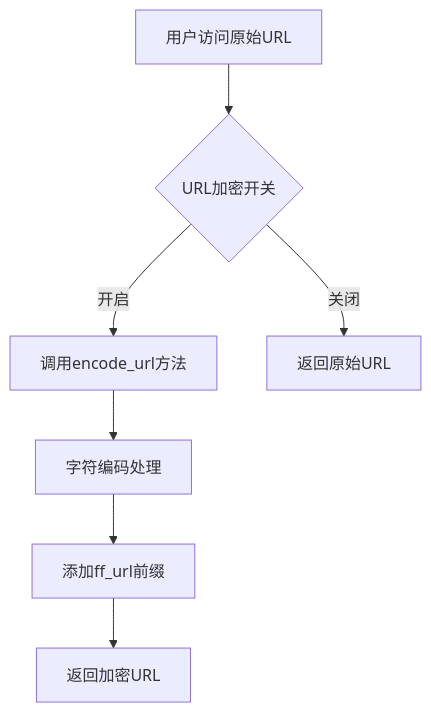
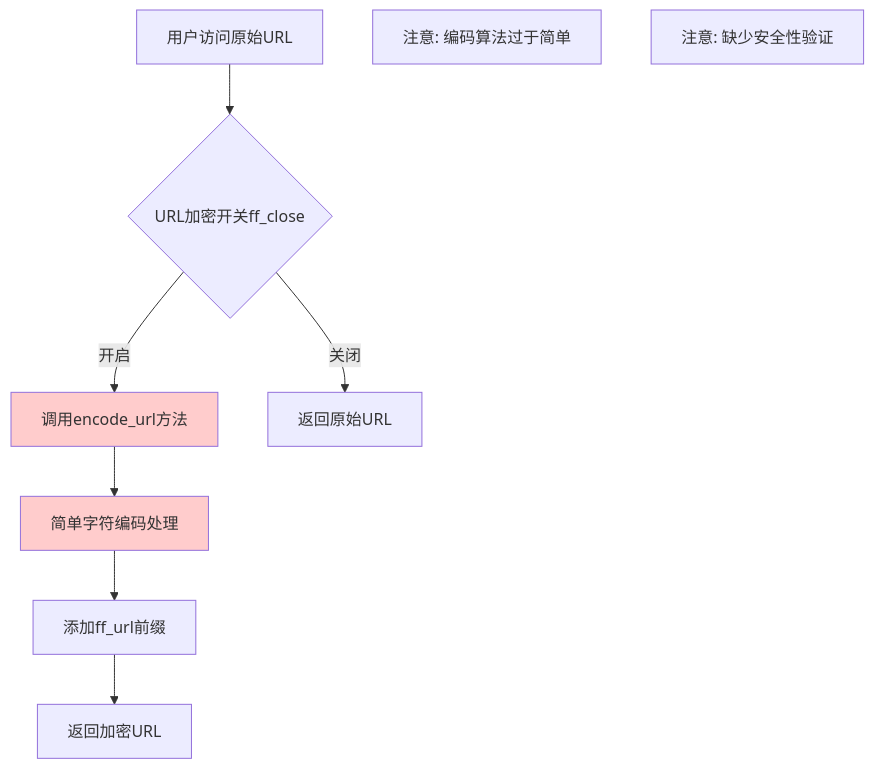
The first of 3 diagrams in docs/防洪配置页面功能分析报告.md (Himhu/Video-Reward), drawn with Mermaid before and after one commit. The commit also changed other lines of this file and 33 other files, not shown here.

````diff
--- a/docs/防洪配置页面功能分析报告.md
+++ b/docs/防洪配置页面功能分析报告.md
@@ -97,9 +192,14 @@
 ```mermaid
 graph TD
-    A[用户访问原始URL] --> B{URL加密开关}
+    A[用户访问原始URL] --> B{URL加密开关ff_close}
     B -->|开启| C[调用encode_url方法]
     B -->|关闭| D[返回原始URL]
-    C --> E[字符编码处理]
+    C --> E[简单字符编码处理]
     E --> F[添加ff_url前缀]
     F --> G[返回加密URL]
+
+    style C fill:#ffcccc
+    style E fill:#ffcccc
+    note1[注意: 编码算法过于简单]
+    note2[注意: 缺少安全性验证]
 ```
````
